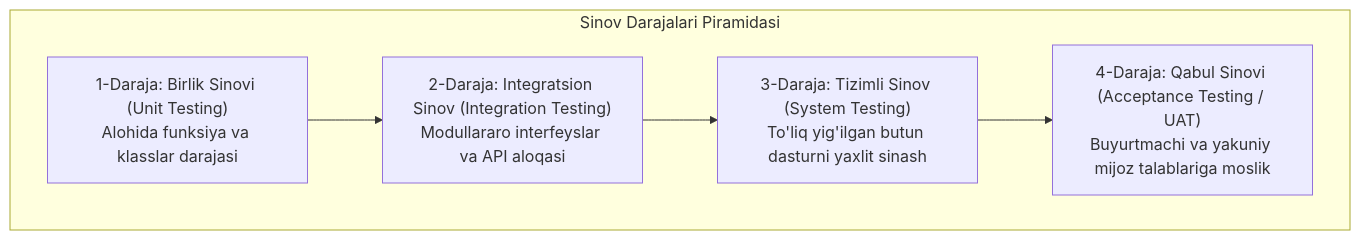
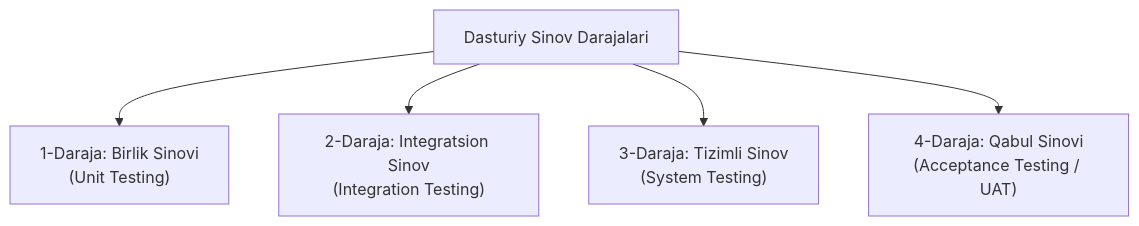
Before and after one commit to Ergashov15/qa-uzbekistan: the diagram in app/docs/software-testing/levels-of-testing/page.mdx, drawn with Mermaid. The commit also changed other lines of this file and 3 other files, not shown here.

Commit message:
feat: translate and update Levels of Testing page and navigation to Uzbek

````diff
--- a/app/docs/software-testing/levels-of-testing/page.mdx
+++ b/app/docs/software-testing/levels-of-testing/page.mdx
@@ -11,10 +23,7 @@
 ```mermaid
 flowchart TD
-    subgraph Levels ["Sinov Darajalari Piramidasi"]
-        L4["4-Daraja: Qabul Sinovi (Acceptance Testing / UAT)\nBuyurtmachi va yakuniy mijoz talablariga moslik"]
-        L3["3-Daraja: Tizimli Sinov (System Testing)\nTo'liq yig'ilgan butun dasturni yaxlit sinash"]
-        L2["2-Daraja: Integratsion Sinov (Integration Testing)\nModullararo interfeyslar va API aloqasi"]
-        L1["1-Daraja: Birlik Sinovi (Unit Testing)\nAlohida funksiya va klasslar darajasi"]
-    end
-    L1 --> L2 --> L3 --> L4
+    L["Dasturiy Sinov Darajalari"] --> L1["1-Daraja: Birlik Sinovi\n(Unit Testing)"]
+    L --> L2["2-Daraja: Integratsion Sinov\n(Integration Testing)"]
+    L --> L3["3-Daraja: Tizimli Sinov\n(System Testing)"]
+    L --> L4["4-Daraja: Qabul Sinovi\n(Acceptance Testing / UAT)"]
 ```
````
